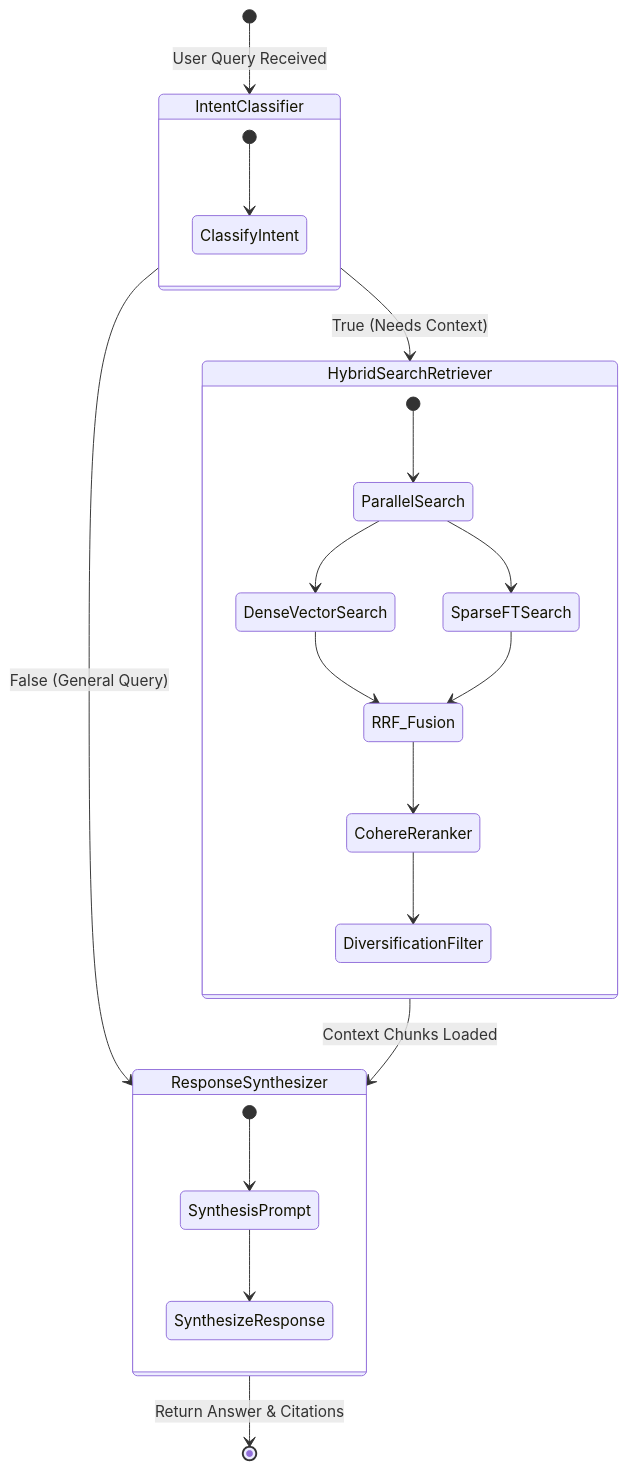
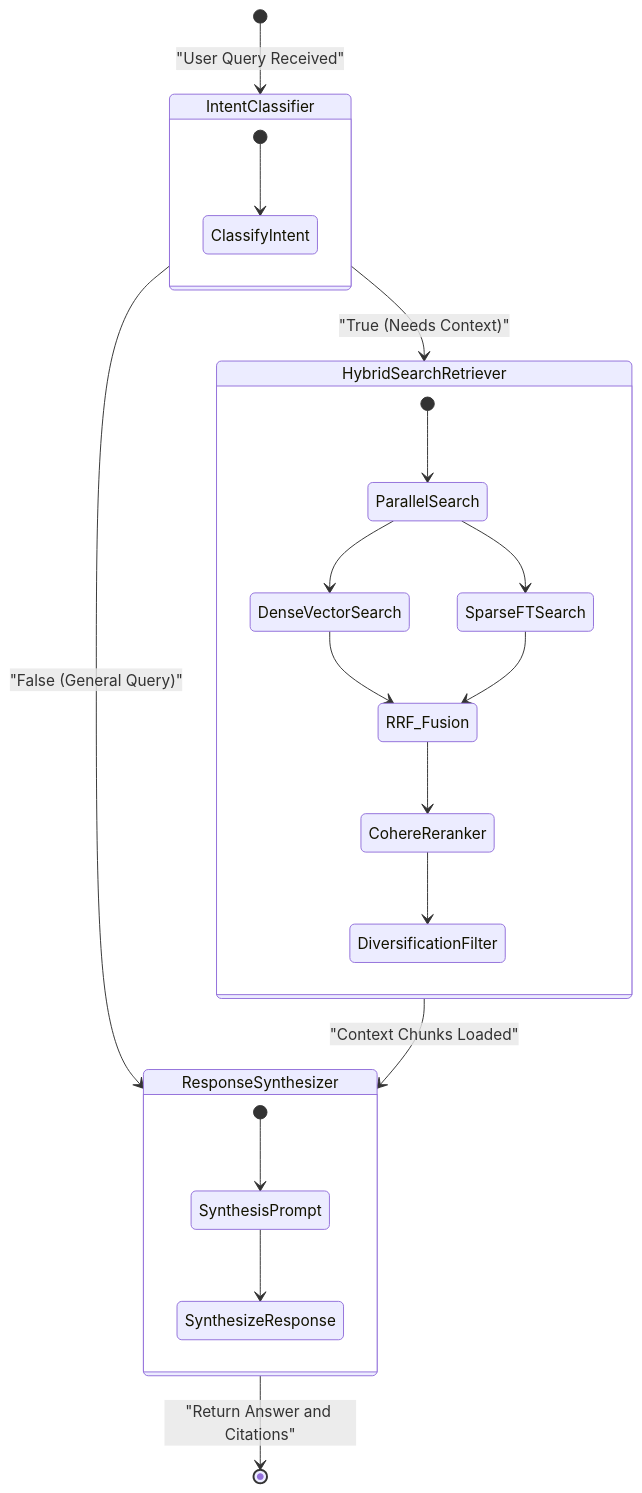
The third of 3 diagrams in README.md (samridhsri/ai-research-intelligence), drawn with Mermaid before and after one commit. The commit also changed other lines of this file, not shown here.

Commit message:
docs: fix Mermaid diagram syntax in README.md

````diff
--- a/README.md
+++ b/README.md
@@ -103,30 +103,30 @@
 ```mermaid
 stateDiagram-v2
-    [*] --> IntentClassifier : User Query Received
+    [*] --> IntentClassifier : "User Query Received"
     
     state IntentClassifier {
         [*] --> ClassifyIntent
     }
     
-    IntentClassifier --> HybridSearchRetriever : True (Needs Context)
-    IntentClassifier --> ResponseSynthesizer : False (General Query)
+    IntentClassifier --> HybridSearchRetriever : "True (Needs Context)"
+    IntentClassifier --> ResponseSynthesizer : "False (General Query)"
 
     state HybridSearchRetriever {
         [*] --> ParallelSearch
         ParallelSearch --> DenseVectorSearch
         ParallelSearch --> SparseFTSearch
         DenseVectorSearch --> RRF_Fusion
         SparseFTSearch --> RRF_Fusion
         RRF_Fusion --> CohereReranker
         CohereReranker --> DiversificationFilter
     }
     
-    HybridSearchRetriever --> ResponseSynthesizer : Context Chunks Loaded
+    HybridSearchRetriever --> ResponseSynthesizer : "Context Chunks Loaded"
     
     state ResponseSynthesizer {
         [*] --> SynthesisPrompt
         SynthesisPrompt --> SynthesizeResponse
     }
 
-    ResponseSynthesizer --> [*] : Return Answer & Citations
+    ResponseSynthesizer --> [*] : "Return Answer and Citations"
 ```
````
